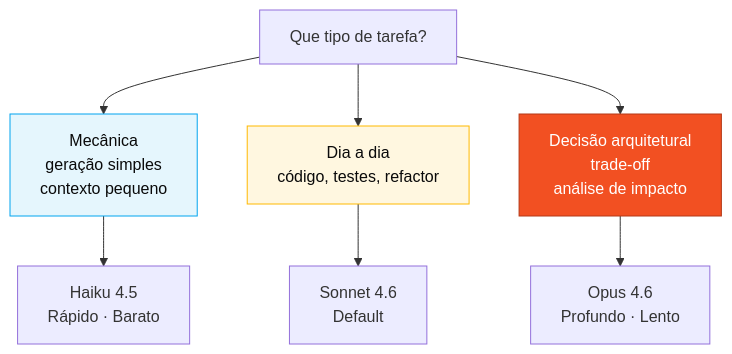
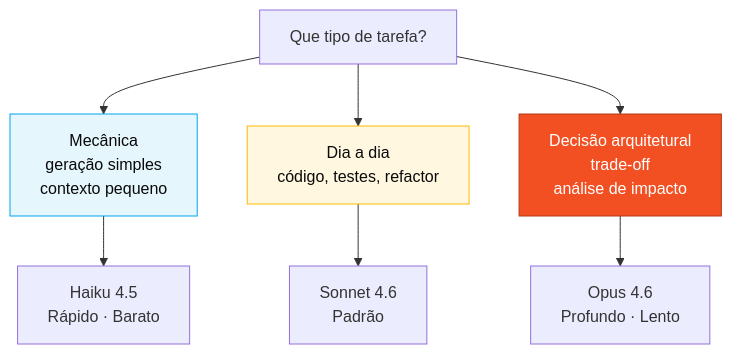
The diagram in pt-br/cheat-sheets/model-routing.md (paulasilvatech/hackathon-datacorp-team-kit), drawn with Mermaid before and after one commit. The commit also changed other lines of this file and 172 other files, not shown here.

````diff
--- a/pt-br/cheat-sheets/model-routing.md
+++ b/pt-br/cheat-sheets/model-routing.md
@@ -26,15 +26,15 @@
 ```mermaid
 flowchart TB
  classDef haiku fill:#E5F6FD,stroke:#00A4EF,color:#0A0A0A
  classDef sonnet fill:#FFF7E0,stroke:#FFB900,color:#0A0A0A
  classDef opus fill:#F25022,stroke:#B33816,color:#fff
 
  Q[Que tipo de tarefa?]
  Q --> M[Mecânica<br/>geração simples<br/>contexto pequeno]:::haiku
  Q --> D[Dia a dia<br/>código, testes, refactor]:::sonnet
  Q --> A[Decisão arquitetural<br/>trade-off<br/>análise de impacto]:::opus
 
  M --> Haiku["Haiku 4.5<br/>Rápido · Barato"]
- D --> Sonnet["Sonnet 4.6<br/>Default"]
+ D --> Sonnet["Sonnet 4.6<br/>Padrão"]
  A --> Opus["Opus 4.6<br/>Profundo · Lento"]
 ```
````
